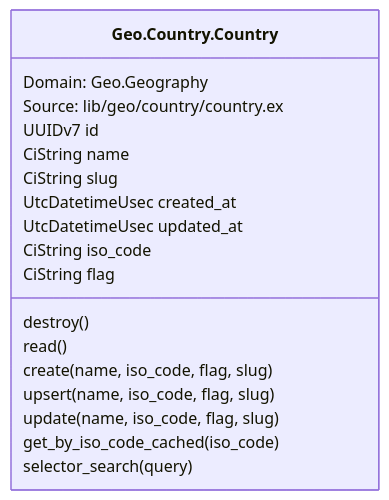
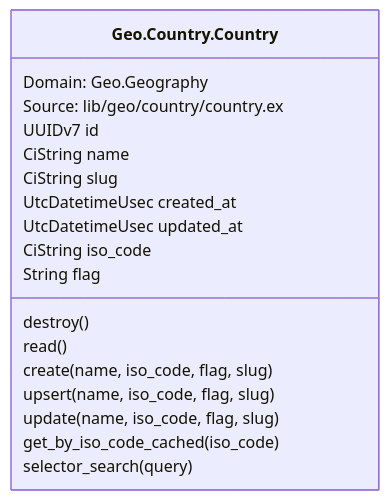
The first of 6 diagrams in README.md (dev-guy/geo), drawn with Mermaid before and after one commit. The commit also changed other lines of this file and 11 other files, not shown here.

````diff
--- a/README.md
+++ b/README.md
@@ -47,23 +47,23 @@
 ```mermaid
 classDiagram
     Geo.Geography
     class Geo.Country.Country {
         Domain: Geo.Geography
         Source: lib/geo/country/country.ex
 
         UUIDv7 id
         CiString name
         CiString slug
         UtcDatetimeUsec created_at
         UtcDatetimeUsec updated_at
         CiString iso_code
-        CiString flag
+        String flag
         destroy()
         read()
         create(name, iso_code, flag, slug)
         upsert(name, iso_code, flag, slug)
         update(name, iso_code, flag, slug)
         get_by_iso_code_cached(iso_code)
         selector_search(query)
     }
 ```
````
